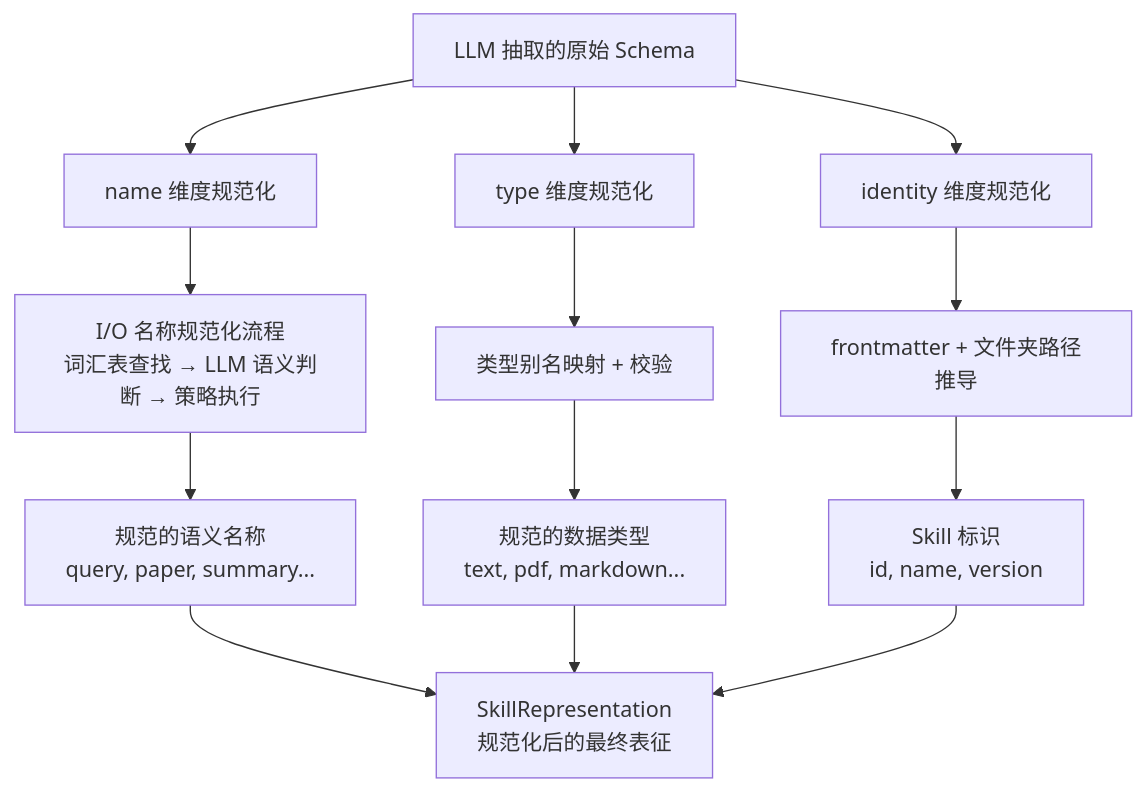
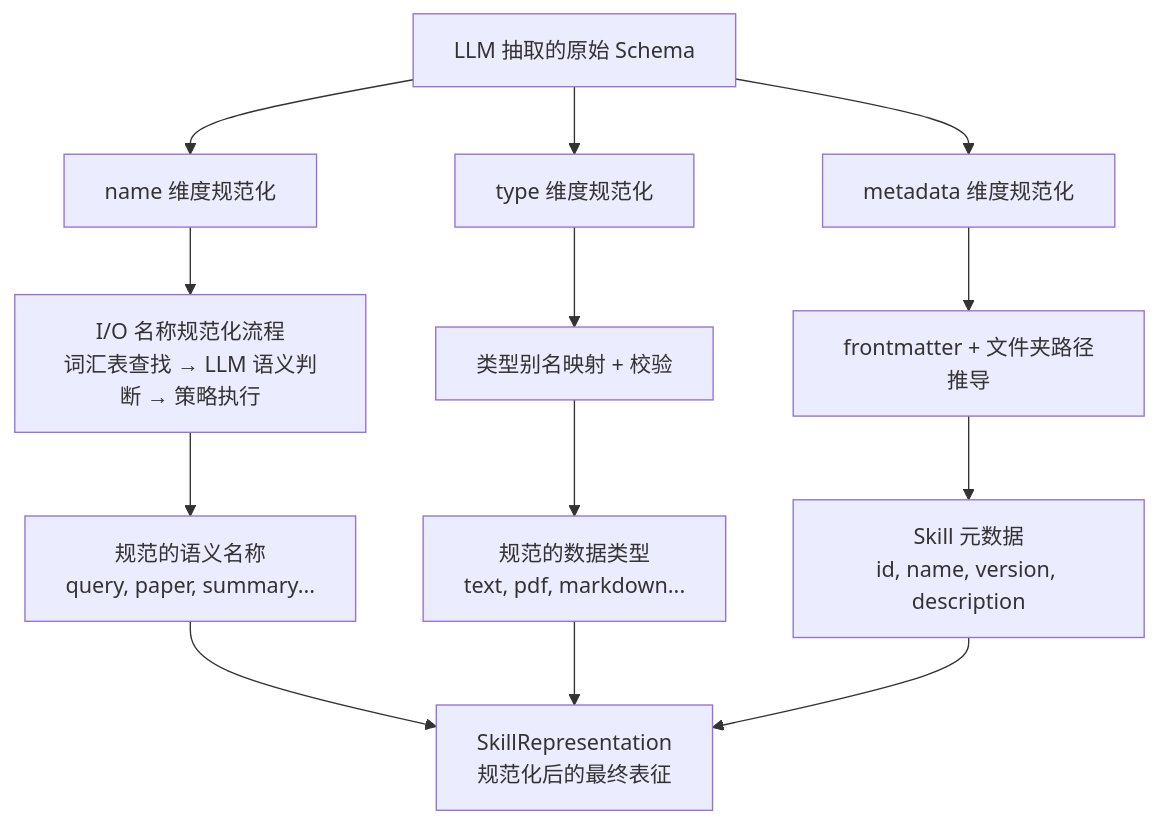
Before and after one commit to xiao-yu-lin/SkillMash: the sixth of 12 diagrams in 设计说明书.md, drawn with Mermaid. The commit also changed other lines of this file and 5 other files, not shown here.

First line of the commit message:
feat(normalize): add MetadataNormalizer for skill identity

````diff
--- a/设计说明书.md
+++ b/设计说明书.md
@@ -346,19 +346,19 @@
 ```mermaid
 flowchart TD
   Input["LLM 抽取的原始 Schema"] --> NameDim["name 维度规范化"]
   Input --> TypeDim["type 维度规范化"]
-  Input --> IdentityDim["identity 维度规范化"]
+  Input --> MetadataDim["metadata 维度规范化"]
   
   NameDim --> NameFlow["I/O 名称规范化流程\n词汇表查找 → LLM 语义判断 → 策略执行"]
   NameFlow --> NameResult["规范的语义名称\nquery, paper, summary..."]
   
   TypeDim --> TypeFlow["类型别名映射 + 校验"]
   TypeFlow --> TypeResult["规范的数据类型\ntext, pdf, markdown..."]
   
-  IdentityDim --> IdentityFlow["frontmatter + 文件夹路径推导"]
-  IdentityFlow --> IdentityResult["Skill 标识\nid, name, version"]
+  MetadataDim --> MetadataFlow["frontmatter + 文件夹路径推导"]
+  MetadataFlow --> MetadataResult["Skill 元数据\nid, name, version, description"]
   
   NameResult --> Final["SkillRepresentation\n规范化后的最终表征"]
   TypeResult --> Final
-  IdentityResult --> Final
+  MetadataResult --> Final
 ```
````
